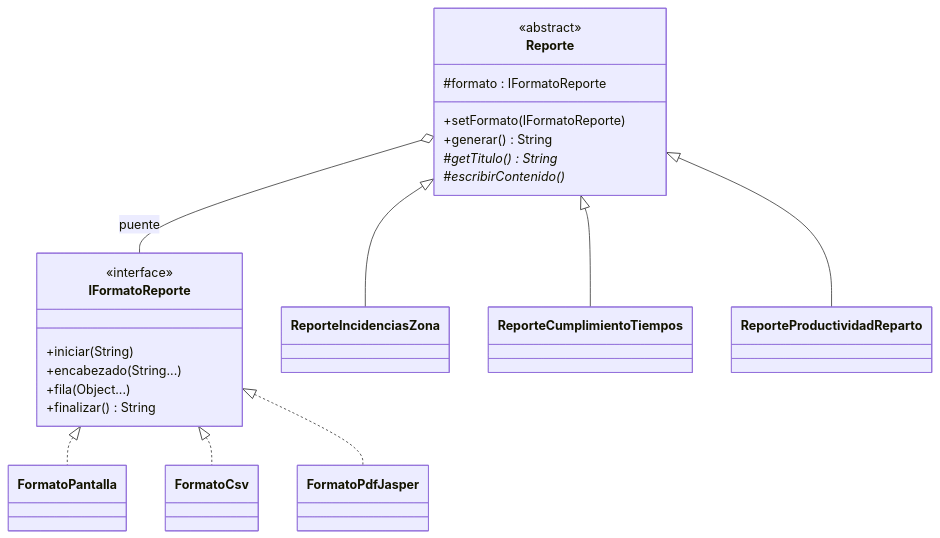
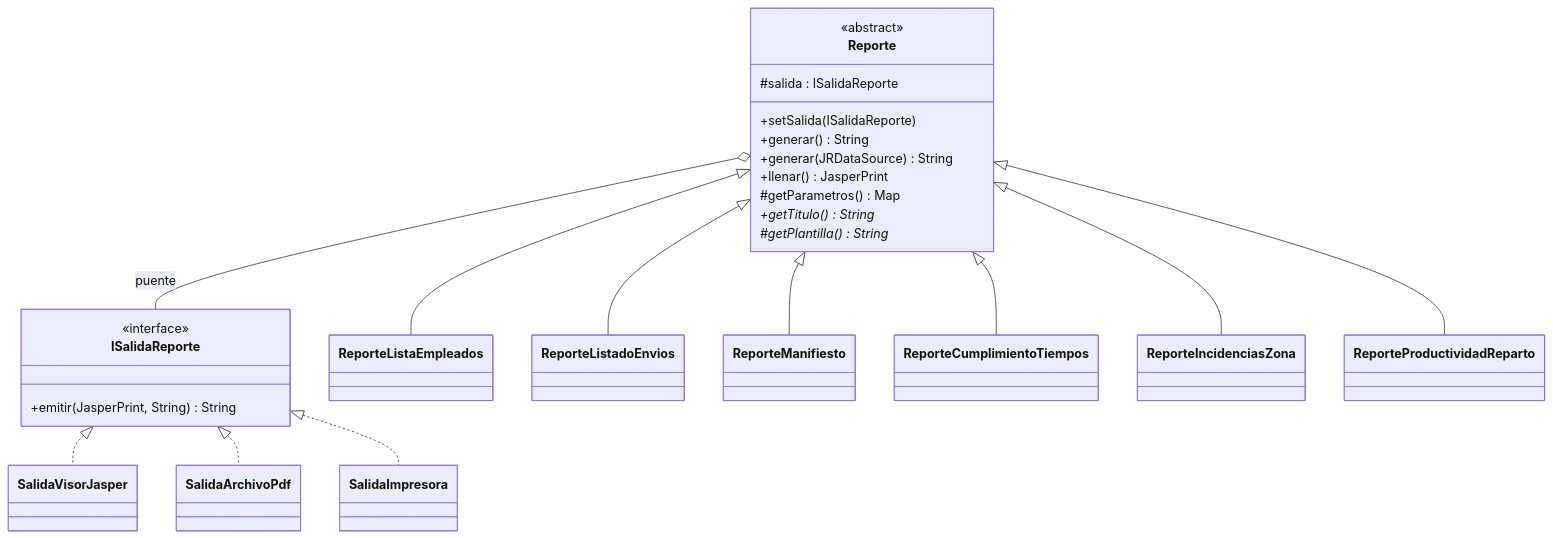
One commit to alexandra585/PlataformaLogistica_Patrones changed diagram 21 of 33 in docs/diagramas_uml.md. Above: the diagram before and after it, drawn with Mermaid. The commit also changed other lines of this file and 322 other files, not shown here.

````diff
--- a/docs/diagramas_uml.md
+++ b/docs/diagramas_uml.md
@@ -585,25 +587,28 @@
 ```mermaid
 classDiagram
     class Reporte {
         <<abstract>>
-        #formato : IFormatoReporte
-        +setFormato(IFormatoReporte)
+        #salida : ISalidaReporte
+        +setSalida(ISalidaReporte)
         +generar() String
-        #getTitulo()* String
-        #escribirContenido()*
+        +generar(JRDataSource) String
+        +llenar() JasperPrint
+        #getParametros() Map
+        +getTitulo()* String
+        #getPlantilla()* String
     }
-    class IFormatoReporte {
+    class ISalidaReporte {
         <<interface>>
-        +iniciar(String)
-        +encabezado(String...)
-        +fila(Object...)
-        +finalizar() String
+        +emitir(JasperPrint, String) String
     }
-    Reporte o-- IFormatoReporte : puente
+    Reporte o-- ISalidaReporte : puente
+    Reporte <|-- ReporteListaEmpleados
+    Reporte <|-- ReporteListadoEnvios
+    Reporte <|-- ReporteManifiesto
+    Reporte <|-- ReporteCumplimientoTiempos
     Reporte <|-- ReporteIncidenciasZona
-    Reporte <|-- ReporteCumplimientoTiempos
     Reporte <|-- ReporteProductividadReparto
-    IFormatoReporte <|.. FormatoPantalla
-    IFormatoReporte <|.. FormatoCsv
-    IFormatoReporte <|.. FormatoPdfJasper
+    ISalidaReporte <|.. SalidaVisorJasper
+    ISalidaReporte <|.. SalidaArchivoPdf
+    ISalidaReporte <|.. SalidaImpresora
 ```
````
